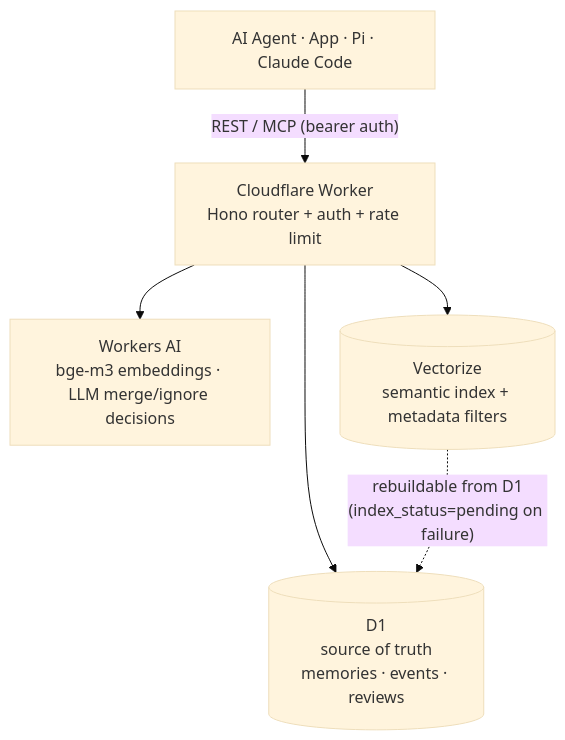
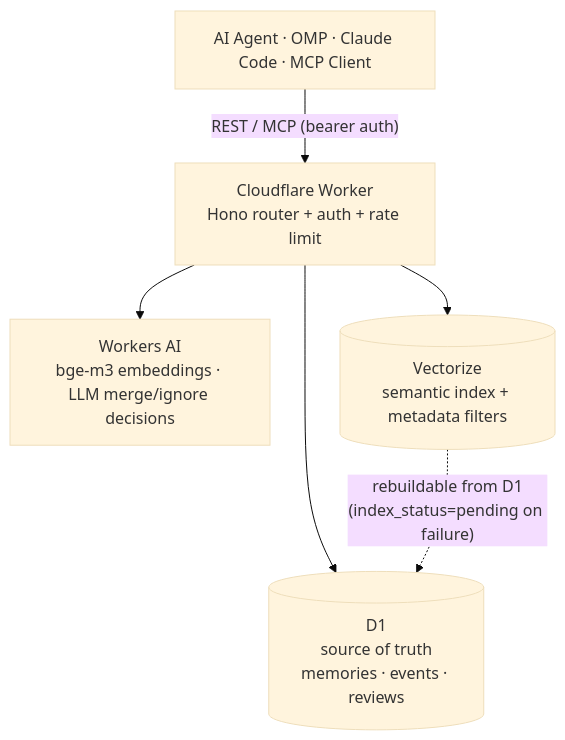
The diagram in README.md (Asaki14/asaki-memory-manager), drawn with Mermaid (base theme) before and after one commit. The commit also changed other lines of this file and 57 other files, not shown here.

````diff
--- a/README.md
+++ b/README.md
@@ -40,8 +40,8 @@
 ```mermaid
 flowchart TD
-    A["AI Agent · App · Pi · Claude Code"] -->|"REST / MCP (bearer auth)"| W["Cloudflare Worker<br/>Hono router + auth + rate limit"]
+    A["AI Agent · OMP · Claude Code · MCP Client"] -->|"REST / MCP (bearer auth)"| W["Cloudflare Worker<br/>Hono router + auth + rate limit"]
     W --> AI["Workers AI<br/>bge-m3 embeddings · LLM merge/ignore decisions"]
     W --> D1[("D1<br/>source of truth<br/>memories · events · reviews")]
     W --> V[("Vectorize<br/>semantic index + metadata filters")]
     V -. "rebuildable from D1<br/>(index_status=pending on failure)" .-> D1
 ```
````
